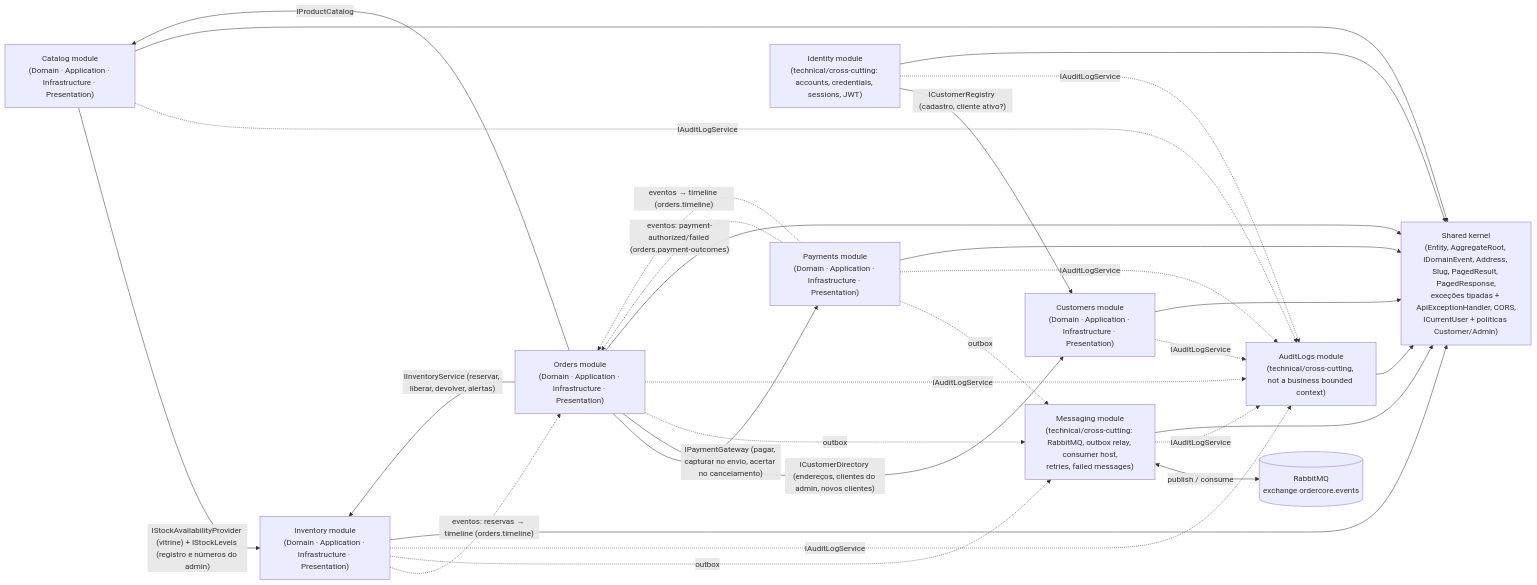
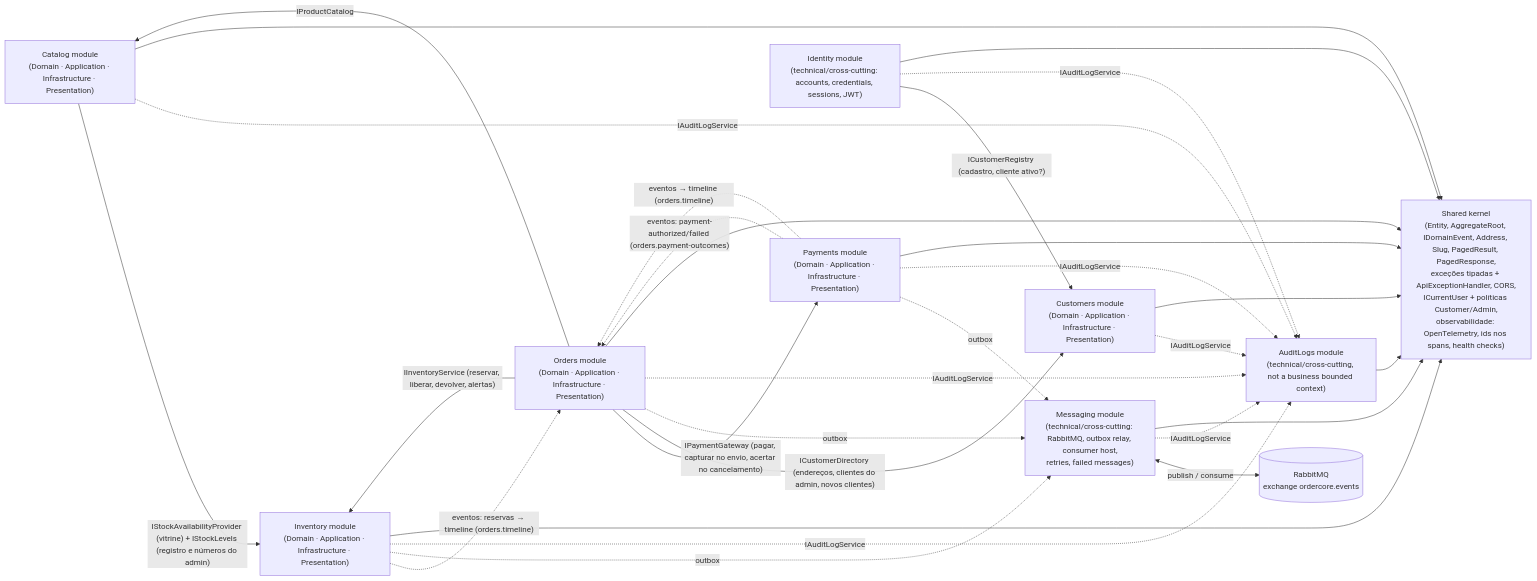
The diagram in Docs/diagrams/implementation-class/00-overview.md (Leo-Slv/OrderCore), drawn with Mermaid before and after one commit. The commit also changed other lines of this file and 6 other files, not shown here.

First line of the commit message:
docs(diagrams): observability in the shared kernel and the modules

````diff
--- a/Docs/diagrams/implementation-class/00-overview.md
+++ b/Docs/diagrams/implementation-class/00-overview.md
@@ -7,43 +7,44 @@
 ```mermaid
 graph LR
     Customers["Customers module\n(Domain · Application · Infrastructure · Presentation)"]
     Catalog["Catalog module\n(Domain · Application · Infrastructure · Presentation)"]
     Inventory["Inventory module\n(Domain · Application · Infrastructure · Presentation)"]
     Orders["Orders module\n(Domain · Application · Infrastructure · Presentation)"]
     Payments["Payments module\n(Domain · Application · Infrastructure · Presentation)"]
     AuditLogs["AuditLogs module\n(technical/cross-cutting, not a business bounded context)"]
     Identity["Identity module\n(technical/cross-cutting: accounts, credentials, sessions, JWT)"]
     Messaging["Messaging module\n(technical/cross-cutting: RabbitMQ, outbox relay, consumer host,\nretries, failed messages)"]
     Broker[("RabbitMQ\nexchange ordercore.events")]
-    Shared["Shared kernel\n(Entity, AggregateRoot, IDomainEvent, Address, Slug, PagedResult, PagedResponse,\nexceções tipadas + ApiExceptionHandler, CORS,\nICurrentUser + políticas Customer/Admin)"]
+    Shared["Shared kernel\n(Entity, AggregateRoot, IDomainEvent, Address, Slug, PagedResult, PagedResponse,\nexceções tipadas + ApiExceptionHandler, CORS,\nICurrentUser + políticas Customer/Admin,
+observabilidade: OpenTelemetry, ids nos spans, health checks)"]
 
     Orders -->|IProductCatalog| Catalog
     Orders -->|"IInventoryService (reservar, liberar, devolver, alertas)"| Inventory
     Orders -->|"IPaymentGateway (pagar, capturar no envio, acertar no cancelamento)"| Payments
     Orders -->|"ICustomerDirectory (endereços, clientes do admin, novos clientes)"| Customers
     Catalog -->|"IStockAvailabilityProvider (vitrine) + IStockLevels (registro e números do admin)"| Inventory
     Payments -.->|"eventos: payment-authorized/failed (orders.payment-outcomes)"| Orders
     Payments -.->|"eventos → timeline (orders.timeline)"| Orders
     Inventory -.->|"eventos: reservas → timeline (orders.timeline)"| Orders
     Payments -.->|outbox| Messaging
     Orders -.->|outbox| Messaging
     Inventory -.->|outbox| Messaging
     Messaging <-->|publish / consume| Broker
     Messaging -.->|IAuditLogService| AuditLogs
     Orders -.->|IAuditLogService| AuditLogs
     Payments -.->|IAuditLogService| AuditLogs
     Inventory -.->|IAuditLogService| AuditLogs
     Catalog -.->|IAuditLogService| AuditLogs
     Customers -.->|IAuditLogService| AuditLogs
     Identity -->|"ICustomerRegistry (cadastro, cliente ativo?)"| Customers
     Identity -.->|IAuditLogService| AuditLogs
 
     Customers --> Shared
     Catalog --> Shared
     Inventory --> Shared
     Orders --> Shared
     Payments --> Shared
     AuditLogs --> Shared
     Identity --> Shared
     Messaging --> Shared
 ```
````
